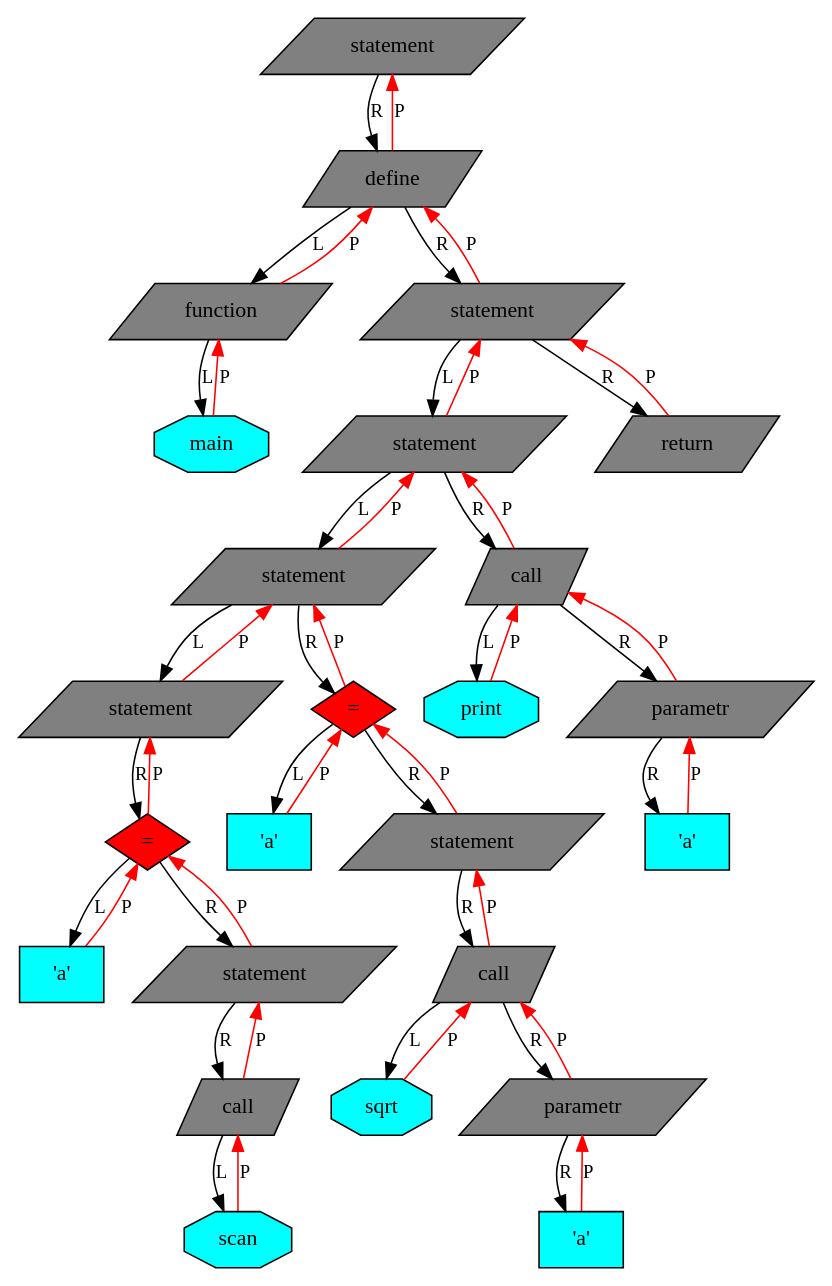
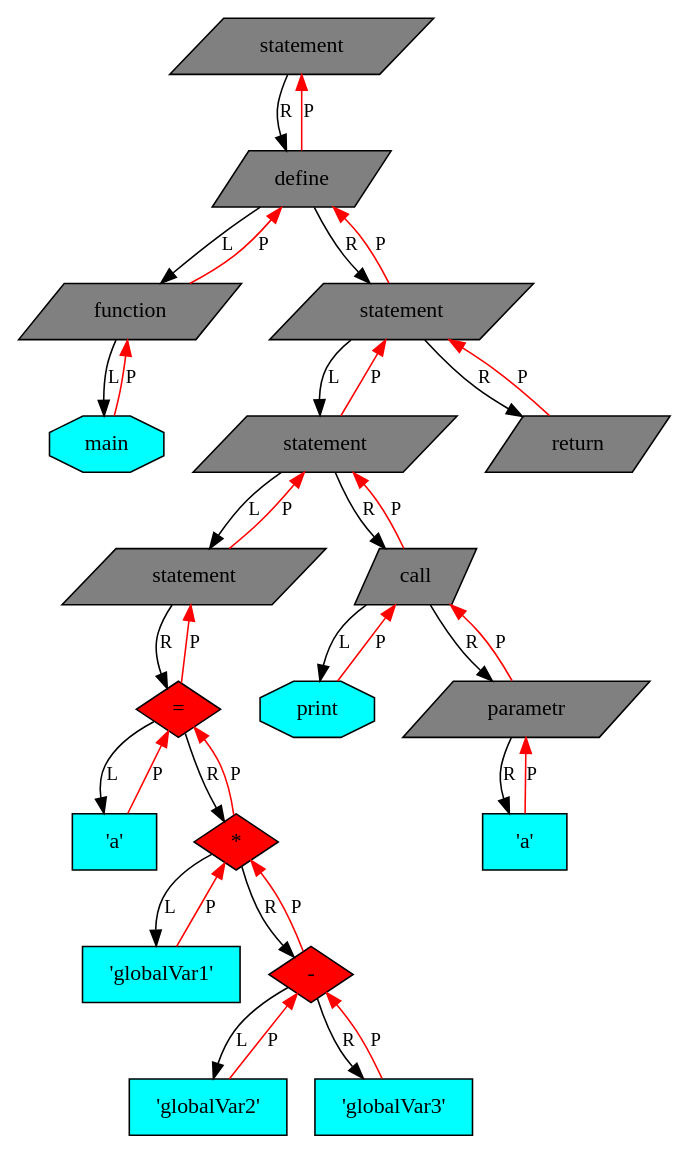
One commit to vihlancevk/MyProgrammingLanguage changed the diagram in graphviz.gv. Above: the diagram before and after it, drawn with Graphviz. The commit also changed 6 other files, not shown here.

```diff
--- a/graphviz.gv
+++ b/graphviz.gv
@@ -1,82 +1,64 @@
 digraph Tree{
 
 	rankdir=UD;
 
 	node[fontsize=14];
 
-	94392275465584[shape=record, shape=parallelogram, style="filled", fillcolor=grey, label="statement"];
-	94392275465648[shape=record, shape=parallelogram, style="filled", fillcolor=grey, label="define"];
-	94392275466128[shape=record, shape=parallelogram, style="filled", fillcolor=grey, label="function"];
-	94392275466608[shape=record, shape=octagon, style="filled", fillcolor=cyan, label="main"];
-	94392275492304[shape=record, shape=parallelogram, style="filled", fillcolor=grey, label="statement"];
-	94392275489904[shape=record, shape=parallelogram, style="filled", fillcolor=grey, label="statement"];
-	94392275469136[shape=record, shape=parallelogram, style="filled", fillcolor=grey, label="statement"];
-	94392275467088[shape=record, shape=parallelogram, style="filled", fillcolor=grey, label="statement"];
-	94392275467152[shape=record, shape=diamond, style="filled", fillcolor=red, label="="];
-	94392275467632[shape=record, shape=rectangle, style="filled", fillcolor=cyan, label="'a'"];
-	94392275468112[shape=record, shape=parallelogram, style="filled", fillcolor=grey, label="statement"];
-	94392275468176[shape=record, shape=parallelogram, style="filled", fillcolor=grey, label="call"];
-	94392275468656[shape=record, shape=octagon, style="filled", fillcolor=cyan, label="scan"];
-	94392275469200[shape=record, shape=diamond, style="filled", fillcolor=red, label="="];
-	94392275469264[shape=record, shape=rectangle, style="filled", fillcolor=cyan, label="'a'"];
-	94392275469328[shape=record, shape=parallelogram, style="filled", fillcolor=grey, label="statement"];
-	94392275469392[shape=record, shape=parallelogram, style="filled", fillcolor=grey, label="call"];
-	94392275487632[shape=record, shape=octagon, style="filled", fillcolor=cyan, label="sqrt"];
-	94392275488112[shape=record, shape=parallelogram, style="filled", fillcolor=grey, label="parametr"];
-	94392275488176[shape=record, shape=rectangle, style="filled", fillcolor=cyan, label="'a'"];
-	94392275489968[shape=record, shape=parallelogram, style="filled", fillcolor=grey, label="call"];
-	94392275490448[shape=record, shape=octagon, style="filled", fillcolor=cyan, label="print"];
-	94392275490928[shape=record, shape=parallelogram, style="filled", fillcolor=grey, label="parametr"];
-	94392275490992[shape=record, shape=rectangle, style="filled", fillcolor=cyan, label="'a'"];
-	94392275492368[shape=record, shape=parallelogram, style="filled", fillcolor=grey, label="return"];
+	93962177858544[shape=record, shape=parallelogram, style="filled", fillcolor=grey, label="statement"];
+	93962177858608[shape=record, shape=parallelogram, style="filled", fillcolor=grey, label="define"];
+	93962177859088[shape=record, shape=parallelogram, style="filled", fillcolor=grey, label="function"];
+	93962177859568[shape=record, shape=octagon, style="filled", fillcolor=cyan, label="main"];
+	93962177882448[shape=record, shape=parallelogram, style="filled", fillcolor=grey, label="statement"];
+	93962177880048[shape=record, shape=parallelogram, style="filled", fillcolor=grey, label="statement"];
+	93962177860048[shape=record, shape=parallelogram, style="filled", fillcolor=grey, label="statement"];
+	93962177860112[shape=record, shape=diamond, style="filled", fillcolor=red, label="="];
+	93962177860592[shape=record, shape=rectangle, style="filled", fillcolor=cyan, label="'a'"];
+	93962177879152[shape=record, shape=diamond, style="filled", fillcolor=red, label="*"];
+	93962177860656[shape=record, shape=rectangle, style="filled", fillcolor=cyan, label="'globalVar1'"];
+	93962177878672[shape=record, shape=diamond, style="filled", fillcolor=red, label="-"];
+	93962177860720[shape=record, shape=rectangle, style="filled", fillcolor=cyan, label="'globalVar2'"];
+	93962177878192[shape=record, shape=rectangle, style="filled", fillcolor=cyan, label="'globalVar3'"];
+	93962177880112[shape=record, shape=parallelogram, style="filled", fillcolor=grey, label="call"];
+	93962177880592[shape=record, shape=octagon, style="filled", fillcolor=cyan, label="print"];
+	93962177881072[shape=record, shape=parallelogram, style="filled", fillcolor=grey, label="parametr"];
+	93962177881136[shape=record, shape=rectangle, style="filled", fillcolor=cyan, label="'a'"];
+	93962177882512[shape=record, shape=parallelogram, style="filled", fillcolor=grey, label="return"];
 
-	94392275465584 -> 94392275465648[label = "R", fontsize=12]
-	94392275465648 -> 94392275465584[label = "P", color=red, fontsize=12]
-	94392275465648 -> 94392275466128[label = "L", fontsize=12]
-	94392275465648 -> 94392275492304[label = "R", fontsize=12]
-	94392275466128 -> 94392275465648[label = "P", color=red, fontsize=12]
-	94392275466128 -> 94392275466608[label = "L", fontsize=12]
-	94392275466608 -> 94392275466128[label = "P", color=red, fontsize=12]
-	94392275492304 -> 94392275465648[label = "P", color=red, fontsize=12]
-	94392275492304 -> 94392275489904[label = "L", fontsize=12]
-	94392275492304 -> 94392275492368[label = "R", fontsize=12]
-	94392275489904 -> 94392275492304[label = "P", color=red, fontsize=12]
-	94392275489904 -> 94392275469136[label = "L", fontsize=12]
-	94392275489904 -> 94392275489968[label = "R", fontsize=12]
-	94392275469136 -> 94392275489904[label = "P", color=red, fontsize=12]
-	94392275469136 -> 94392275467088[label = "L", fontsize=12]
-	94392275469136 -> 94392275469200[label = "R", fontsize=12]
-	94392275467088 -> 94392275469136[label = "P", color=red, fontsize=12]
-	94392275467088 -> 94392275467152[label = "R", fontsize=12]
-	94392275467152 -> 94392275467088[label = "P", color=red, fontsize=12]
-	94392275467152 -> 94392275467632[label = "L", fontsize=12]
-	94392275467152 -> 94392275468112[label = "R", fontsize=12]
-	94392275467632 -> 94392275467152[label = "P", color=red, fontsize=12]
-	94392275468112 -> 94392275467152[label = "P", color=red, fontsize=12]
-	94392275468112 -> 94392275468176[label = "R", fontsize=12]
-	94392275468176 -> 94392275468112[label = "P", color=red, fontsize=12]
-	94392275468176 -> 94392275468656[label = "L", fontsize=12]
-	94392275468656 -> 94392275468176[label = "P", color=red, fontsize=12]
-	94392275469200 -> 94392275469136[label = "P", color=red, fontsize=12]
-	94392275469200 -> 94392275469264[label = "L", fontsize=12]
-	94392275469200 -> 94392275469328[label = "R", fontsize=12]
-	94392275469264 -> 94392275469200[label = "P", color=red, fontsize=12]
-	94392275469328 -> 94392275469200[label = "P", color=red, fontsize=12]
-	94392275469328 -> 94392275469392[label = "R", fontsize=12]
-	94392275469392 -> 94392275469328[label = "P", color=red, fontsize=12]
-	94392275469392 -> 94392275487632[label = "L", fontsize=12]
-	94392275469392 -> 94392275488112[label = "R", fontsize=12]
-	94392275487632 -> 94392275469392[label = "P", color=red, fontsize=12]
-	94392275488112 -> 94392275469392[label = "P", color=red, fontsize=12]
-	94392275488112 -> 94392275488176[label = "R", fontsize=12]
-	94392275488176 -> 94392275488112[label = "P", color=red, fontsize=12]
-	94392275489968 -> 94392275489904[label = "P", color=red, fontsize=12]
-	94392275489968 -> 94392275490448[label = "L", fontsize=12]
-	94392275489968 -> 94392275490928[label = "R", fontsize=12]
-	94392275490448 -> 94392275489968[label = "P", color=red, fontsize=12]
-	94392275490928 -> 94392275489968[label = "P", color=red, fontsize=12]
-	94392275490928 -> 94392275490992[label = "R", fontsize=12]
-	94392275490992 -> 94392275490928[label = "P", color=red, fontsize=12]
-	94392275492368 -> 94392275492304[label = "P", color=red, fontsize=12]
+	93962177858544 -> 93962177858608[label = "R", fontsize=12]
+	93962177858608 -> 93962177858544[label = "P", color=red, fontsize=12]
+	93962177858608 -> 93962177859088[label = "L", fontsize=12]
+	93962177858608 -> 93962177882448[label = "R", fontsize=12]
+	93962177859088 -> 93962177858608[label = "P", color=red, fontsize=12]
+	93962177859088 -> 93962177859568[label = "L", fontsize=12]
+	93962177859568 -> 93962177859088[label = "P", color=red, fontsize=12]
+	93962177882448 -> 93962177858608[label = "P", color=red, fontsize=12]
+	93962177882448 -> 93962177880048[label = "L", fontsize=12]
+	93962177882448 -> 93962177882512[label = "R", fontsize=12]
+	93962177880048 -> 93962177882448[label = "P", color=red, fontsize=12]
+	93962177880048 -> 93962177860048[label = "L", fontsize=12]
+	93962177880048 -> 93962177880112[label = "R", fontsize=12]
+	93962177860048 -> 93962177880048[label = "P", color=red, fontsize=12]
+	93962177860048 -> 93962177860112[label = "R", fontsize=12]
+	93962177860112 -> 93962177860048[label = "P", color=red, fontsize=12]
+	93962177860112 -> 93962177860592[label = "L", fontsize=12]
+	93962177860112 -> 93962177879152[label = "R", fontsize=12]
+	93962177860592 -> 93962177860112[label = "P", color=red, fontsize=12]
+	93962177879152 -> 93962177860112[label = "P", color=red, fontsize=12]
+	93962177879152 -> 93962177860656[label = "L", fontsize=12]
+	93962177879152 -> 93962177878672[label = "R", fontsize=12]
+	93962177860656 -> 93962177879152[label = "P", color=red, fontsize=12]
+	93962177878672 -> 93962177879152[label = "P", color=red, fontsize=12]
+	93962177878672 -> 93962177860720[label = "L", fontsize=12]
+	93962177878672 -> 93962177878192[label = "R", fontsize=12]
+	93962177860720 -> 93962177878672[label = "P", color=red, fontsize=12]
+	93962177878192 -> 93962177878672[label = "P", color=red, fontsize=12]
+	93962177880112 -> 93962177880048[label = "P", color=red, fontsize=12]
+	93962177880112 -> 93962177880592[label = "L", fontsize=12]
+	93962177880112 -> 93962177881072[label = "R", fontsize=12]
+	93962177880592 -> 93962177880112[label = "P", color=red, fontsize=12]
+	93962177881072 -> 93962177880112[label = "P", color=red, fontsize=12]
+	93962177881072 -> 93962177881136[label = "R", fontsize=12]
+	93962177881136 -> 93962177881072[label = "P", color=red, fontsize=12]
+	93962177882512 -> 93962177882448[label = "P", color=red, fontsize=12]
 
 }
```
